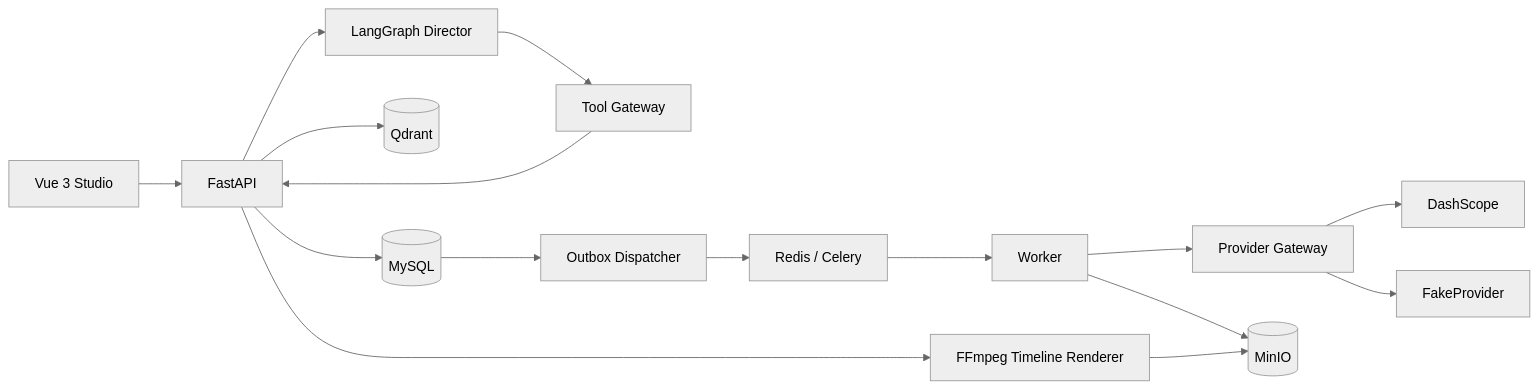
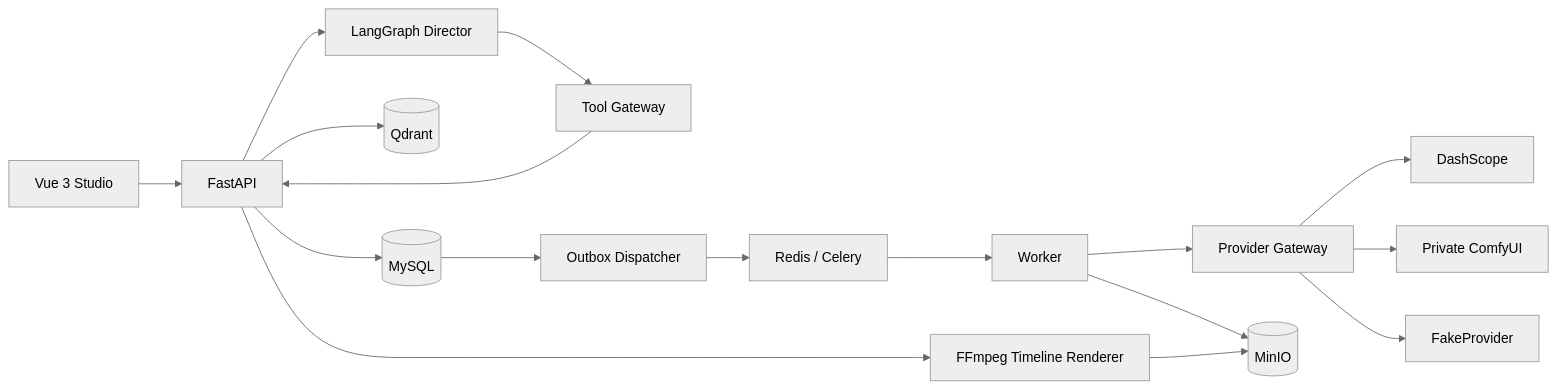
The diagram in docs/architecture.md (Changxin-YR/MJ), drawn with Mermaid (neutral theme) before and after one commit. The commit also changed other lines of this file and 27 other files, not shown here.

````diff
--- a/docs/architecture.md
+++ b/docs/architecture.md
@@ -5,18 +5,19 @@
 ```mermaid
 flowchart LR
   UI[Vue 3 Studio] --> API[FastAPI]
   API --> DB[(MySQL)]
   API --> RAG[(Qdrant)]
   API --> AG[LangGraph Director]
   AG --> TG[Tool Gateway]
   TG --> API
   DB --> OB[Outbox Dispatcher]
   OB --> CQ[Redis / Celery]
   CQ --> WK[Worker]
   WK --> PG[Provider Gateway]
   PG --> DS[DashScope]
+  PG --> CU[Private ComfyUI]
   PG --> FP[FakeProvider]
   WK --> S3[(MinIO)]
   API --> FF[FFmpeg Timeline Renderer]
   FF --> S3
 ```
````
